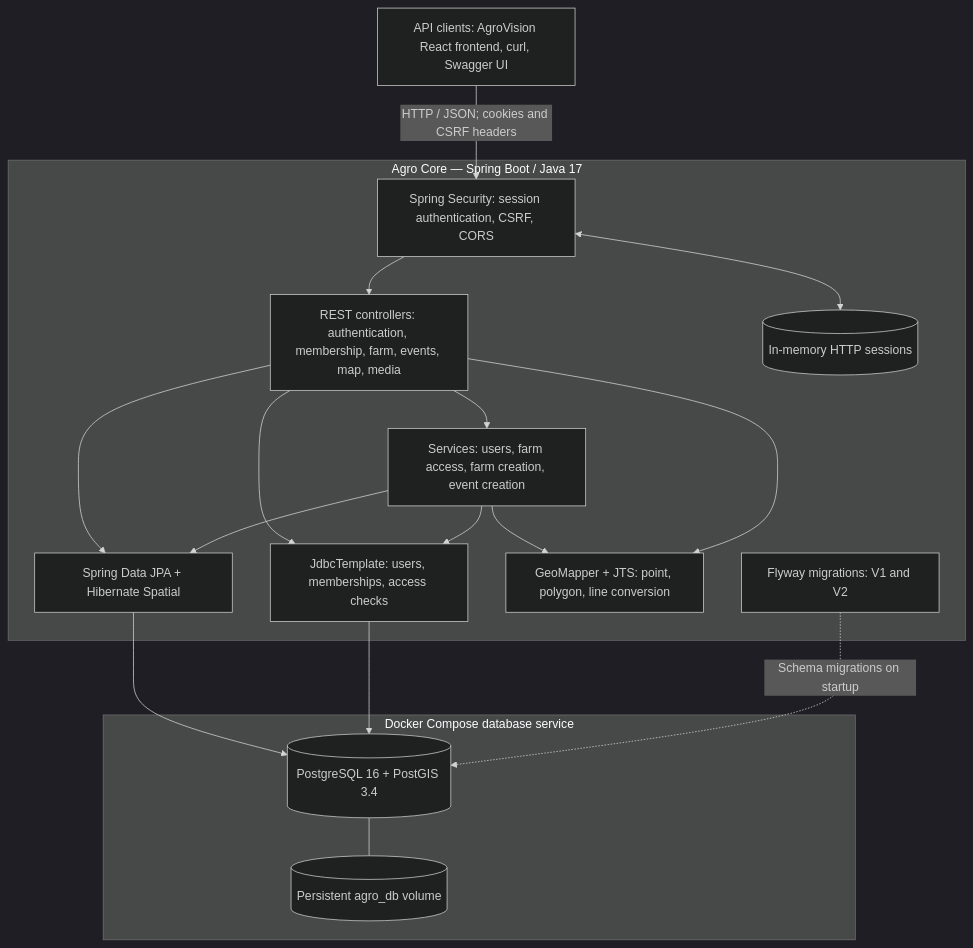
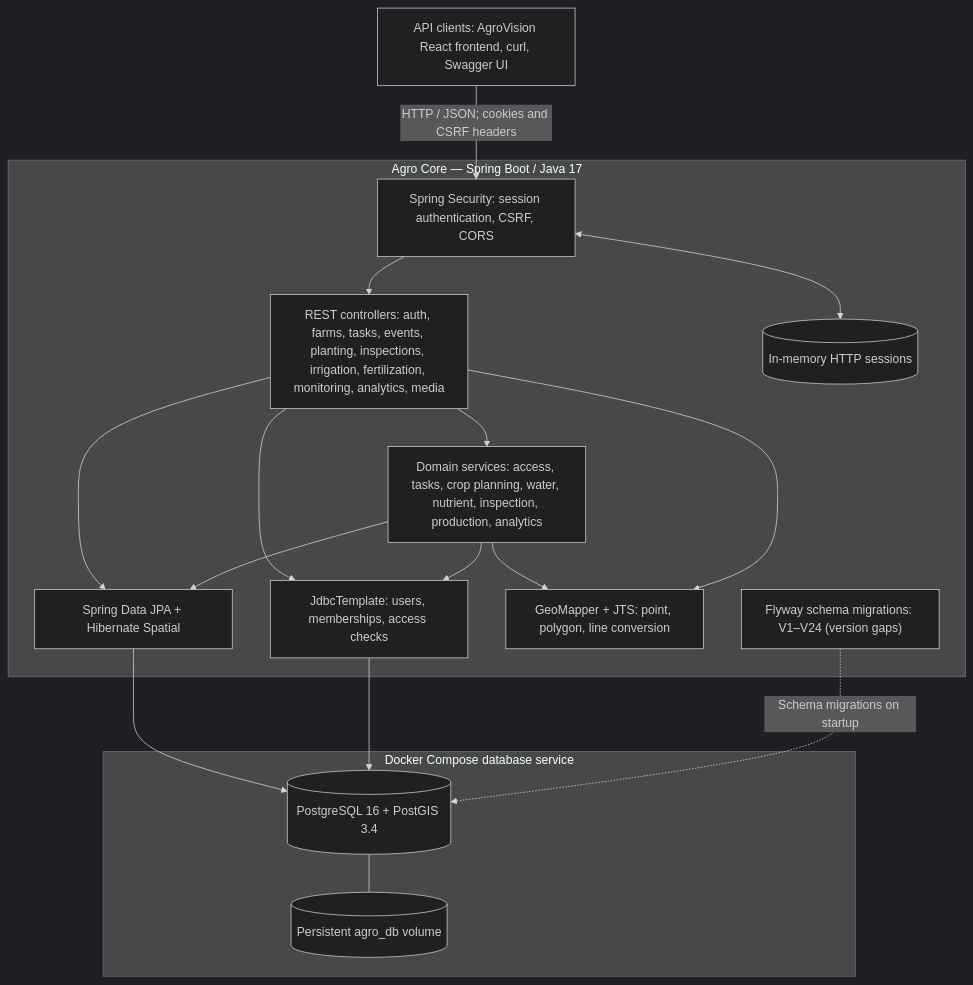
Before and after one commit to danielcontrerasm/agro-core: the third of 4 diagrams in README.md, drawn with Mermaid (dark theme). The commit also changed other lines of this file and 32 other files, not shown here.

````diff
--- a/README.md
+++ b/README.md
@@ -512,35 +566,35 @@
 ```mermaid
 flowchart TB
   Client["API clients: AgroVision React frontend, curl, Swagger UI"]
 
   subgraph API["Agro Core — Spring Boot / Java 17"]
     Security["Spring Security: session authentication, CSRF, CORS"]
-    Controllers["REST controllers: authentication, membership, farm, events, map, media"]
-    Services["Services: users, farm access, farm creation, event creation"]
+    Controllers["REST controllers: auth, farms, tasks, events, planting, inspections, irrigation, fertilization, monitoring, analytics, media"]
+    Services["Domain services: access, tasks, crop planning, water, nutrient, inspection, production, analytics"]
     JPA["Spring Data JPA + Hibernate Spatial"]
     JDBC["JdbcTemplate: users, memberships, access checks"]
     Geometry["GeoMapper + JTS: point, polygon, line conversion"]
     Sessions[("In-memory HTTP sessions")]
-    Flyway["Flyway migrations: V1 and V2"]
+    Flyway["Flyway schema migrations: V1–V24 (version gaps)"]
   end
 
   subgraph Docker["Docker Compose database service"]
     DB[("PostgreSQL 16 + PostGIS 3.4")]
     Volume[("Persistent agro_db volume")]
   end
 
   Client -->|"HTTP / JSON; cookies and CSRF headers"| Security
   Security <--> Sessions
   Security --> Controllers
   Controllers --> Services
   Controllers --> JPA
   Controllers --> JDBC
   Services --> JPA
   Services --> JDBC
   Services --> Geometry
   Controllers --> Geometry
   JPA --> DB
   JDBC --> DB
   Flyway -.->|"Schema migrations on startup"| DB
   DB --- Volume
 ```
````
